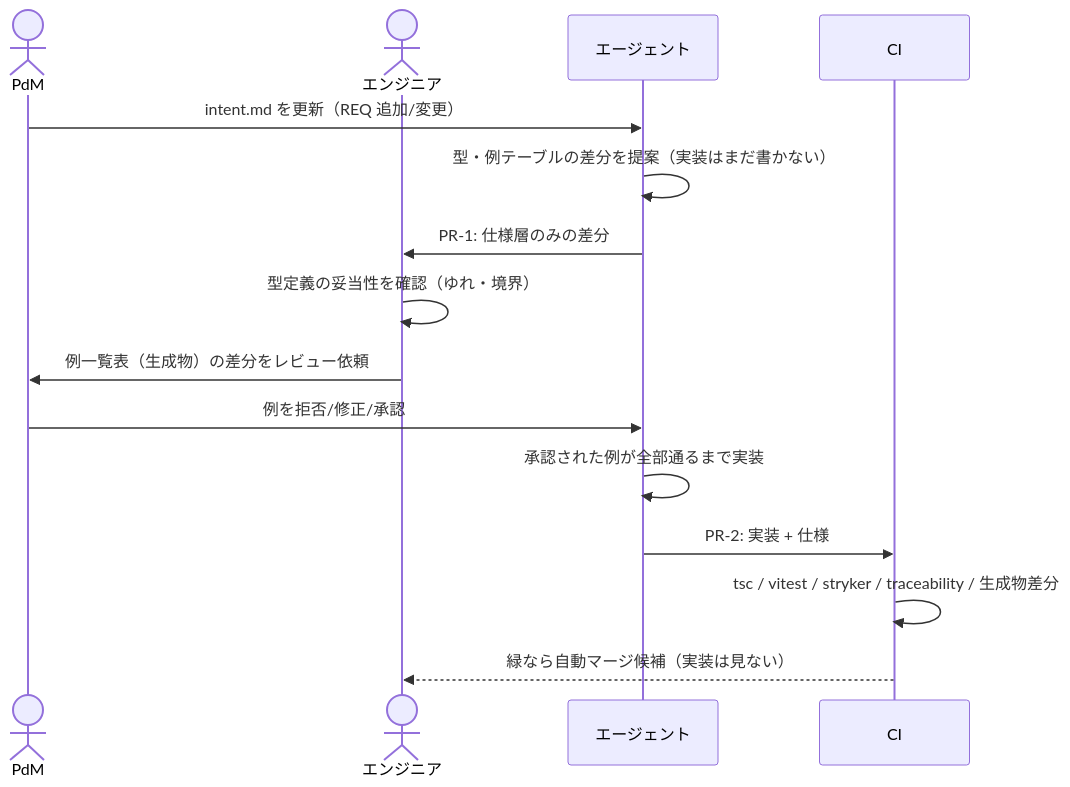
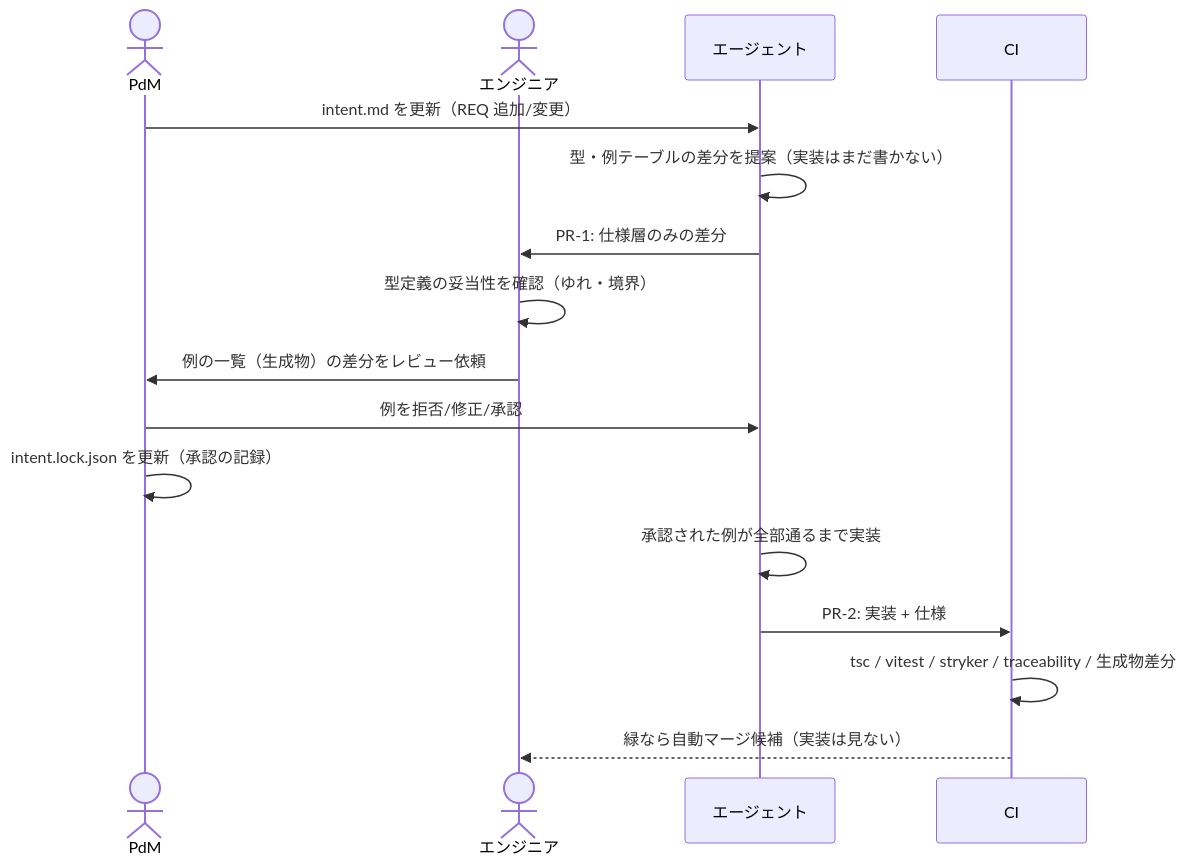
The third of 3 diagrams in docs/development/spec-as-code/design.md (kuchita-el/claude-shared-skills), drawn with Mermaid before and after one commit. The commit also changed other lines of this file, not shown here.

````diff
--- a/docs/development/spec-as-code/design.md
+++ b/docs/development/spec-as-code/design.md
@@ -572,17 +743,18 @@
 ```mermaid
 sequenceDiagram
     actor P as PdM
     actor E as エンジニア
     participant A as エージェント
     participant CI as CI
     P->>A: intent.md を更新（REQ 追加/変更）
     A->>A: 型・例テーブルの差分を提案（実装はまだ書かない）
     A->>E: PR-1: 仕様層のみの差分
     E->>E: 型定義の妥当性を確認（ゆれ・境界）
-    E->>P: 例一覧表（生成物）の差分をレビュー依頼
+    E->>P: 例の一覧（生成物）の差分をレビュー依頼
     P->>A: 例を拒否/修正/承認
+    P->>P: intent.lock.json を更新（承認の記録）
     A->>A: 承認された例が全部通るまで実装
     A->>CI: PR-2: 実装 + 仕様
     CI->>CI: tsc / vitest / stryker / traceability / 生成物差分
     CI-->>E: 緑なら自動マージ候補（実装は見ない）
 ```
````
